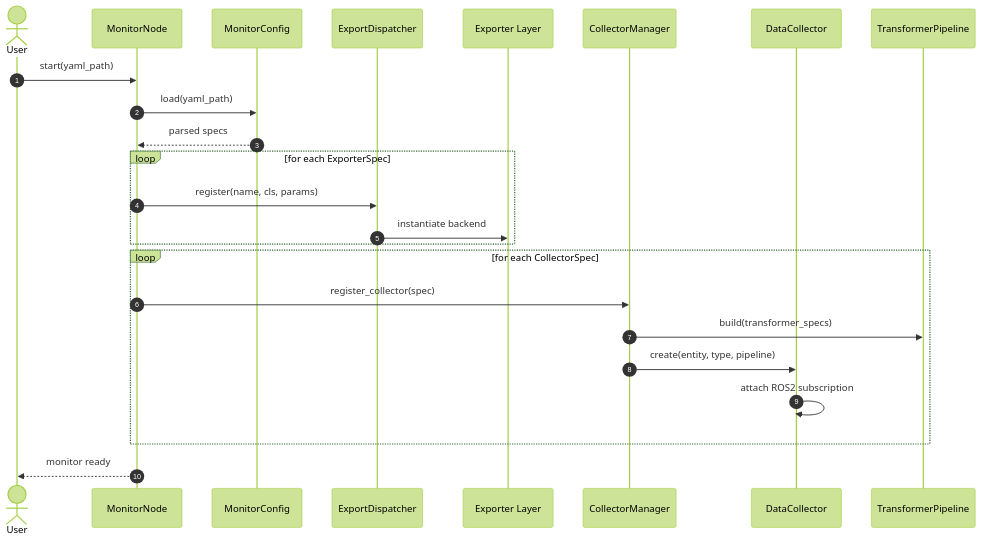
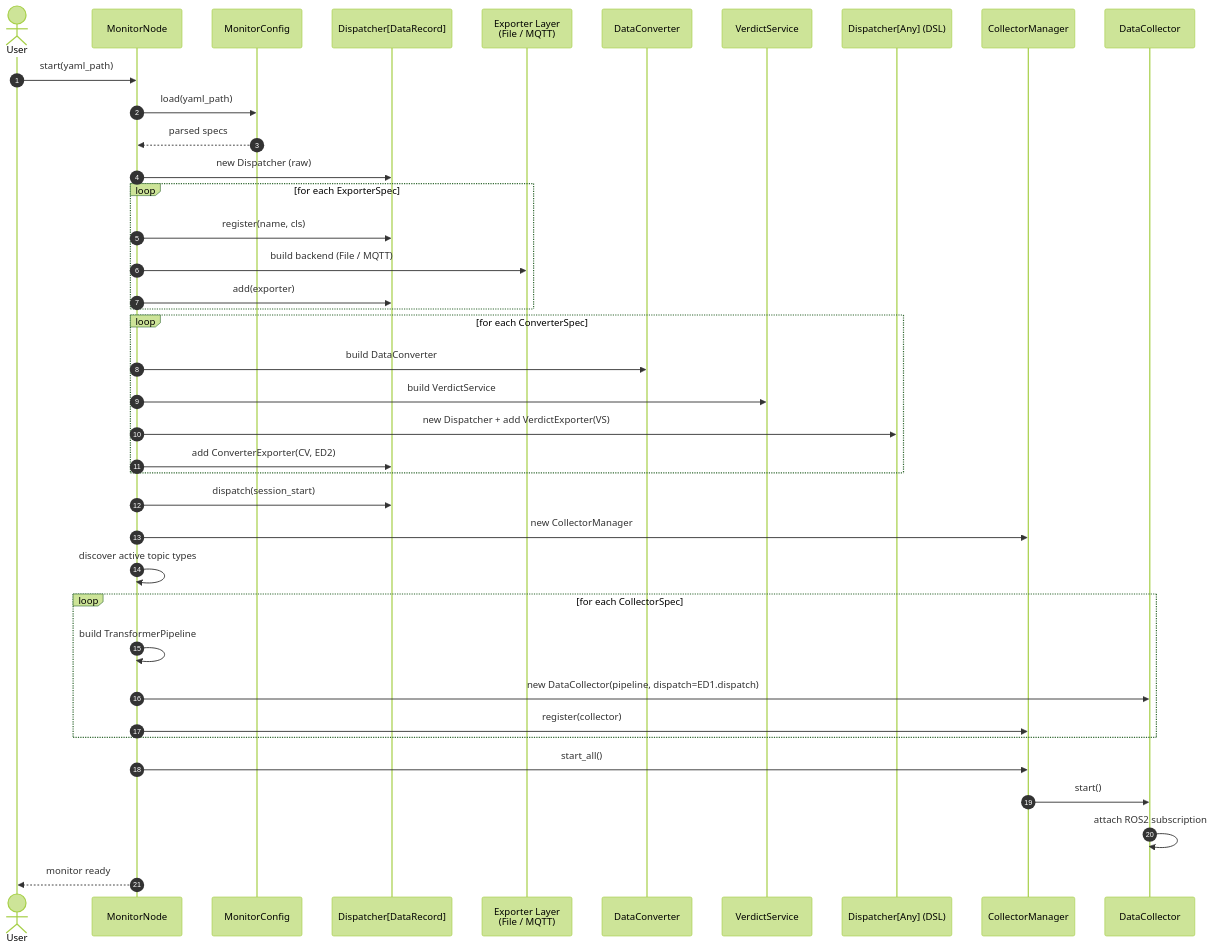
Before and after one commit to Jin-Shikai/ROS2-Monitor-Infra: the diagram in docs/sequence_diagrams/bootstrap.mermaid, drawn with Mermaid (forest theme). The commit also changed 1 other file, not shown here.

Commit message:
add converter layer to sequence diagram

```diff
--- a/docs/sequence_diagrams/bootstrap.mermaid
+++ b/docs/sequence_diagrams/bootstrap.mermaid
@@ -1,28 +1,46 @@
 sequenceDiagram
     autonumber
     actor User
     participant MN as MonitorNode
     participant Cfg as MonitorConfig
-    participant ED as ExportDispatcher
-    participant EXP as Exporter Layer
+    participant ED1 as Dispatcher[DataRecord]
+    participant EXP as Exporter Layer<br/>(File / MQTT)
+    participant CV as DataConverter
+    participant VS as VerdictService
+    participant ED2 as Dispatcher[Any] (DSL)
     participant CM as CollectorManager
     participant DC as DataCollector
-    participant TP as TransformerPipeline
 
     User->>MN: start(yaml_path)
     MN->>Cfg: load(yaml_path)
     Cfg-->>MN: parsed specs
 
+    MN->>ED1: new Dispatcher (raw)
     loop for each ExporterSpec
-        MN->>ED: register(name, cls, params)
-        ED->>EXP: instantiate backend
+        MN->>ED1: register(name, cls)
+        MN->>EXP: build backend (File / MQTT)
+        MN->>ED1: add(exporter)
     end
 
-    loop for each CollectorSpec
-        MN->>CM: register_collector(spec)
-        CM->>TP: build(transformer_specs)
-        CM->>DC: create(entity, type, pipeline)
-        DC->>DC: attach ROS2 subscription
+    loop for each ConverterSpec
+        MN->>CV: build DataConverter
+        MN->>VS: build VerdictService
+        MN->>ED2: new Dispatcher + add VerdictExporter(VS)
+        MN->>ED1: add ConverterExporter(CV, ED2)
     end
 
+    MN->>ED1: dispatch(session_start)
+    MN->>CM: new CollectorManager
+    MN->>MN: discover active topic types
+
+    loop for each CollectorSpec
+        MN->>MN: build TransformerPipeline
+        MN->>DC: new DataCollector(pipeline, dispatch=ED1.dispatch)
+        MN->>CM: register(collector)
+    end
+
+    MN->>CM: start_all()
+    CM->>DC: start()
+    DC->>DC: attach ROS2 subscription
+
     MN-->>User: monitor ready
```
